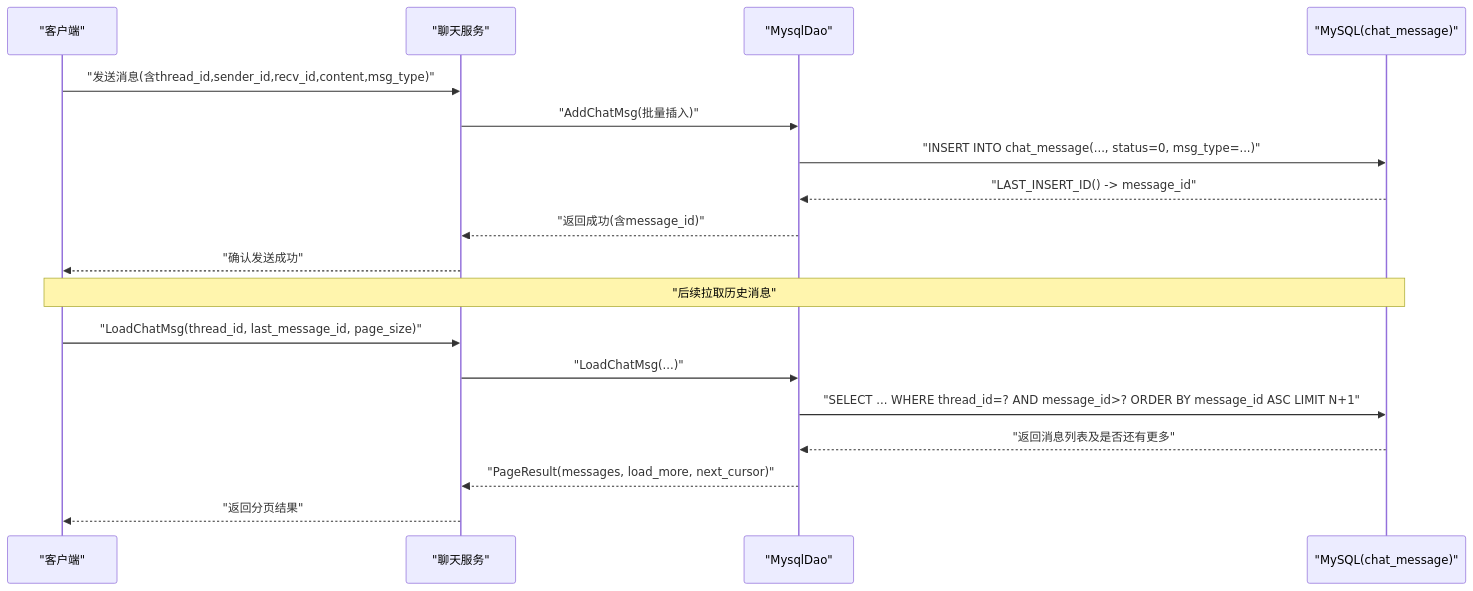
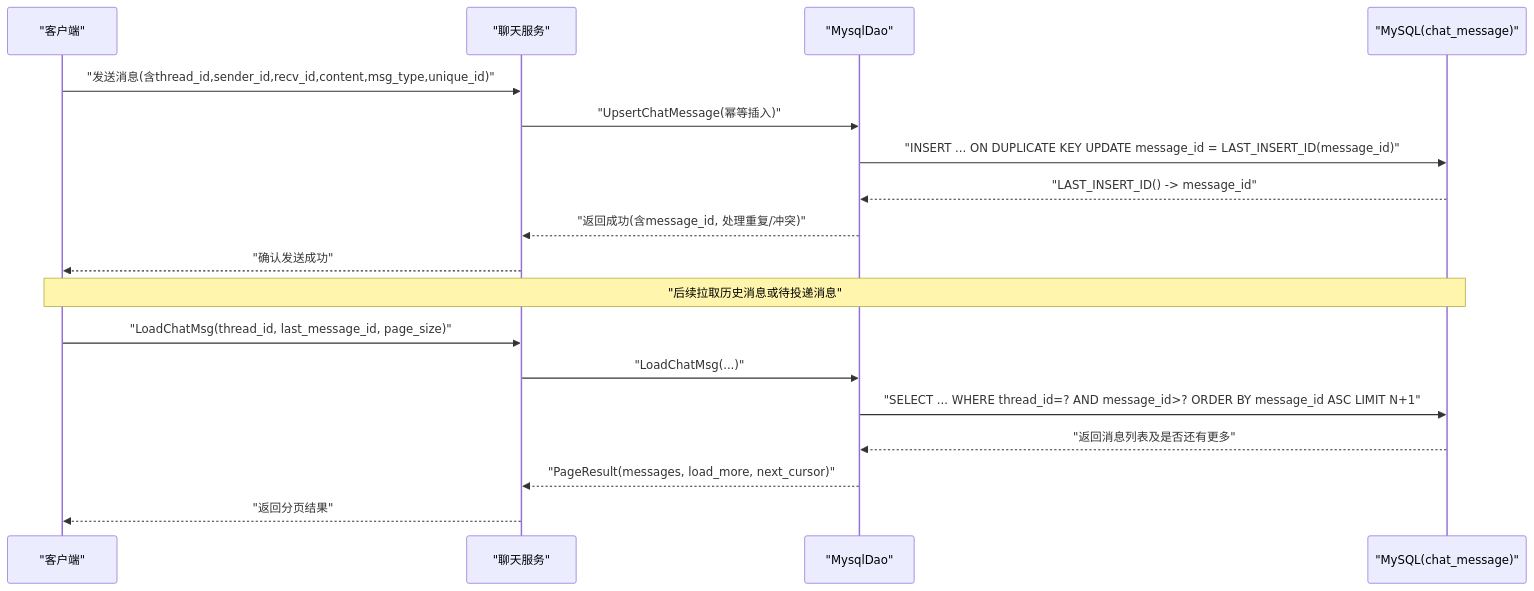
Before and after one commit to echo9923/mychatter: the second of 8 diagrams in .qoder/repowiki/zh/content/数据库设计/数据库表结构/聊天消息表(chat_message).md, drawn with Mermaid. The commit also changed other lines of this file and 54 other files, not shown here.

````diff
--- a/.qoder/repowiki/zh/content/数据库设计/数据库表结构/聊天消息表(chat_message).md
+++ b/.qoder/repowiki/zh/content/数据库设计/数据库表结构/聊天消息表(chat_message).md
@@ -70,20 +77,20 @@
 ```mermaid
 sequenceDiagram
 participant Client as "客户端"
 participant ChatSvc as "聊天服务"
 participant Dao as "MysqlDao"
 participant DB as "MySQL(chat_message)"
-Client->>ChatSvc : "发送消息(含thread_id,sender_id,recv_id,content,msg_type)"
-ChatSvc->>Dao : "AddChatMsg(批量插入)"
-Dao->>DB : "INSERT INTO chat_message(..., status=0, msg_type=...)"
+Client->>ChatSvc : "发送消息(含thread_id,sender_id,recv_id,content,msg_type,unique_id)"
+ChatSvc->>Dao : "UpsertChatMessage(幂等插入)"
+Dao->>DB : "INSERT ... ON DUPLICATE KEY UPDATE message_id = LAST_INSERT_ID(message_id)"
 DB-->>Dao : "LAST_INSERT_ID() -> message_id"
-Dao-->>ChatSvc : "返回成功(含message_id)"
+Dao-->>ChatSvc : "返回成功(含message_id, 处理重复/冲突)"
 ChatSvc-->>Client : "确认发送成功"
-Note over Client,DB : "后续拉取历史消息"
+Note over Client,DB : "后续拉取历史消息或待投递消息"
 Client->>ChatSvc : "LoadChatMsg(thread_id, last_message_id, page_size)"
 ChatSvc->>Dao : "LoadChatMsg(...)"
 Dao->>DB : "SELECT ... WHERE thread_id=? AND message_id>? ORDER BY message_id ASC LIMIT N+1"
 DB-->>Dao : "返回消息列表及是否还有更多"
 Dao-->>ChatSvc : "PageResult(messages, load_more, next_cursor)"
 ChatSvc-->>Client : "返回分页结果"
 ```
````
